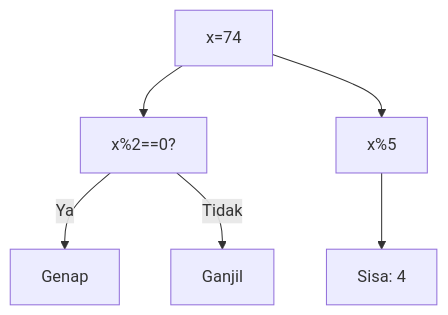
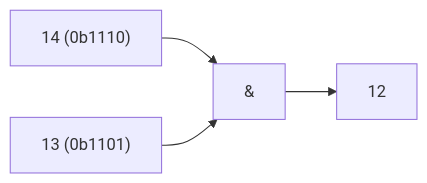
Before and after one commit to amnahwaida/OSNK_INF_PREP: diagram 16 of 25 in part-c-pemahaman-cpp/06-bitwise/latihan/set-02.md, drawn with Mermaid. The commit also changed other lines of this file and 71 other files, not shown here.

````diff
--- a/part-c-pemahaman-cpp/06-bitwise/latihan/set-02.md
+++ b/part-c-pemahaman-cpp/06-bitwise/latihan/set-02.md
@@ -530,8 +423,6 @@
 ```mermaid
-graph TD
-A["x=74"] --> B["x%2==0?"]
-B -- Ya --> C["Genap"]
-B -- Tidak --> D["Ganjil"]
-A --> E["x%5"]
-E --> F["Sisa: 4"]
+graph LR
+A["14 (0b1110)"] --> C["&"]
+B["13 (0b1101)"] --> C
+C --> D["12"]
 ```
````
